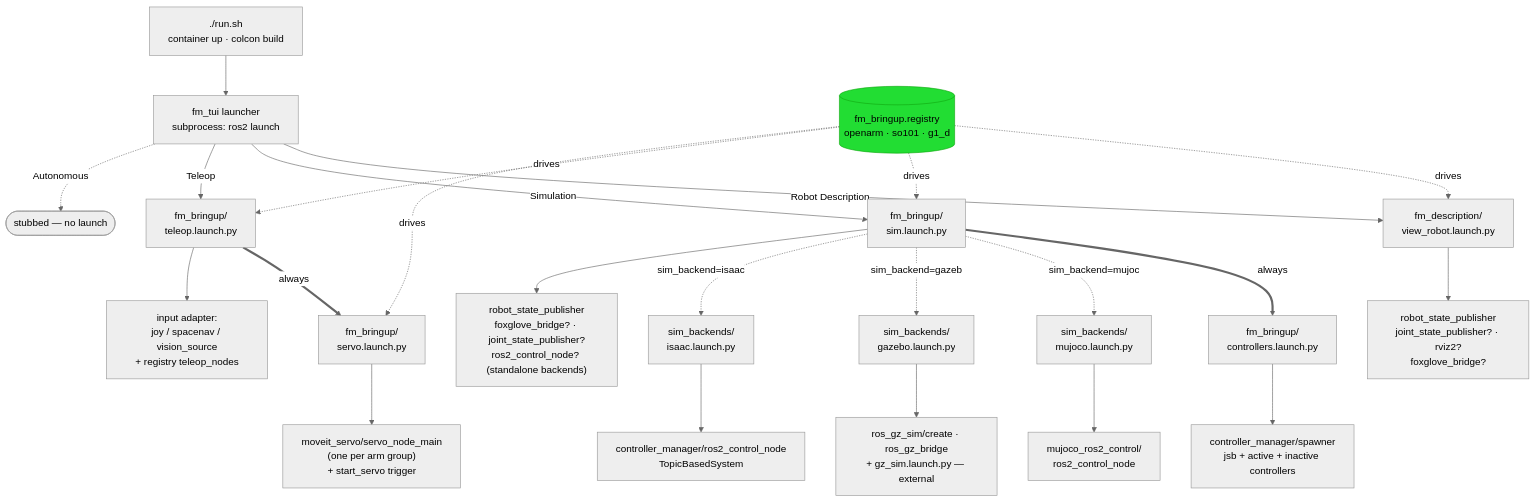
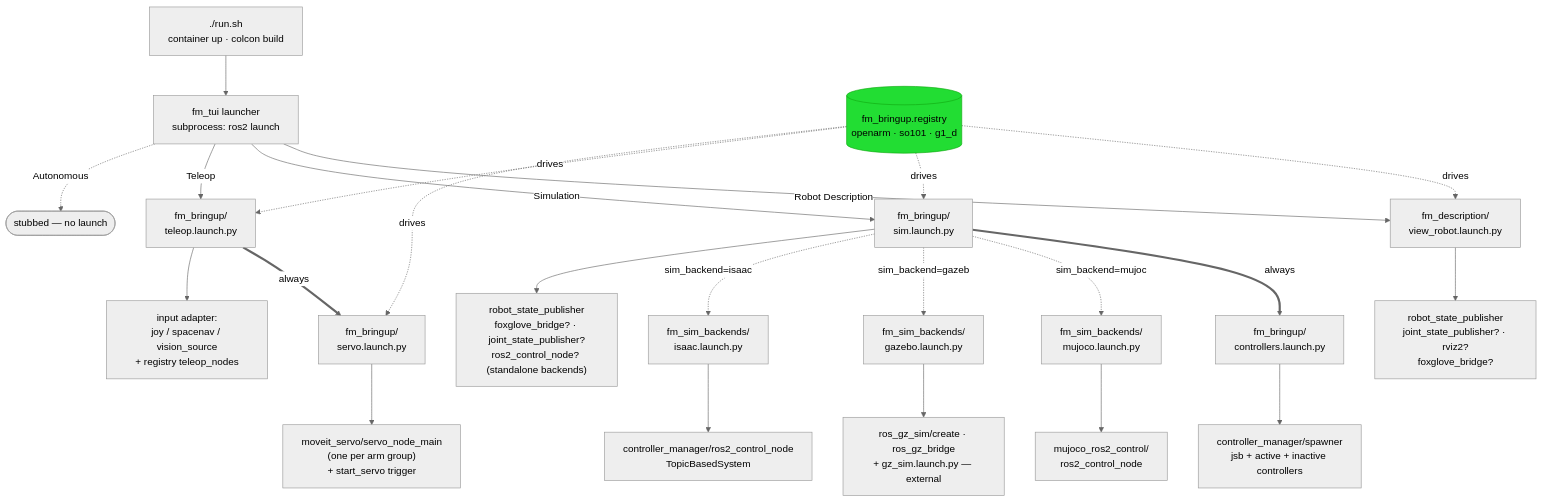
One commit to first-motive/fm-ros2 changed the fifth of 8 diagrams in docs/ARCHITECTURE.md. Above: the diagram before and after it, drawn with Mermaid (neutral theme). The commit also changed other lines of this file and 5 other files, not shown here.

````diff
--- a/docs/ARCHITECTURE.md
+++ b/docs/ARCHITECTURE.md
@@ -227,39 +230,39 @@
 ```mermaid
 flowchart TD
     run["./run.sh<br/>container up · colcon build"]
     run --> tui["fm_tui launcher<br/>subprocess: ros2 launch"]
     reg[("fm_bringup.registry<br/>openarm · so101 · g1_d")]
 
     tui -->|Robot Description| view["fm_description/<br/>view_robot.launch.py"]
     tui -->|Simulation| sim["fm_bringup/<br/>sim.launch.py"]
     tui -->|Teleop| teleop["fm_bringup/<br/>teleop.launch.py"]
     tui -.->|Autonomous| stub(["stubbed — no launch"])
 
     %% sim subtree
     sim ==>|always| ctrl["fm_bringup/<br/>controllers.launch.py"]
-    sim -.sim_backend=mujoco.-> muj["sim_backends/<br/>mujoco.launch.py"]
-    sim -.sim_backend=gazebo.-> gz["sim_backends/<br/>gazebo.launch.py"]
-    sim -.sim_backend=isaac.-> isaac["sim_backends/<br/>isaac.launch.py"]
+    sim -.sim_backend=mujoco.-> muj["fm_sim_backends/<br/>mujoco.launch.py"]
+    sim -.sim_backend=gazebo.-> gz["fm_sim_backends/<br/>gazebo.launch.py"]
+    sim -.sim_backend=isaac.-> isaac["fm_sim_backends/<br/>isaac.launch.py"]
 
     %% teleop subtree
     teleop ==>|always| servo["fm_bringup/<br/>servo.launch.py"]
 
     %% node spawns
     view --> vn["robot_state_publisher<br/>joint_state_publisher? · rviz2?<br/>foxglove_bridge?"]
     sim --> sn["robot_state_publisher<br/>foxglove_bridge? · joint_state_publisher?<br/>ros2_control_node? (standalone backends)"]
     ctrl --> cn["controller_manager/spawner<br/>jsb + active + inactive controllers"]
     servo --> svn["moveit_servo/servo_node_main<br/>(one per arm group)<br/>+ start_servo trigger"]
     teleop --> tn["input adapter:<br/>joy / spacenav / vision_source<br/>+ registry teleop_nodes"]
     muj --> mn["mujoco_ros2_control/<br/>ros2_control_node"]
     gz --> gn["ros_gz_sim/create · ros_gz_bridge<br/>+ gz_sim.launch.py — external"]
     isaac --> in2["controller_manager/ros2_control_node<br/>TopicBasedSystem"]
 
     reg -.drives.-> view
     reg -.drives.-> sim
     reg -.drives.-> teleop
     reg -.drives.-> servo
 
     classDef ext fill:#444,stroke:#888,color:#ddd;
     classDef reg fill:#2d3,stroke:#1a1,color:#000;
     class reg reg;
 ```
````
